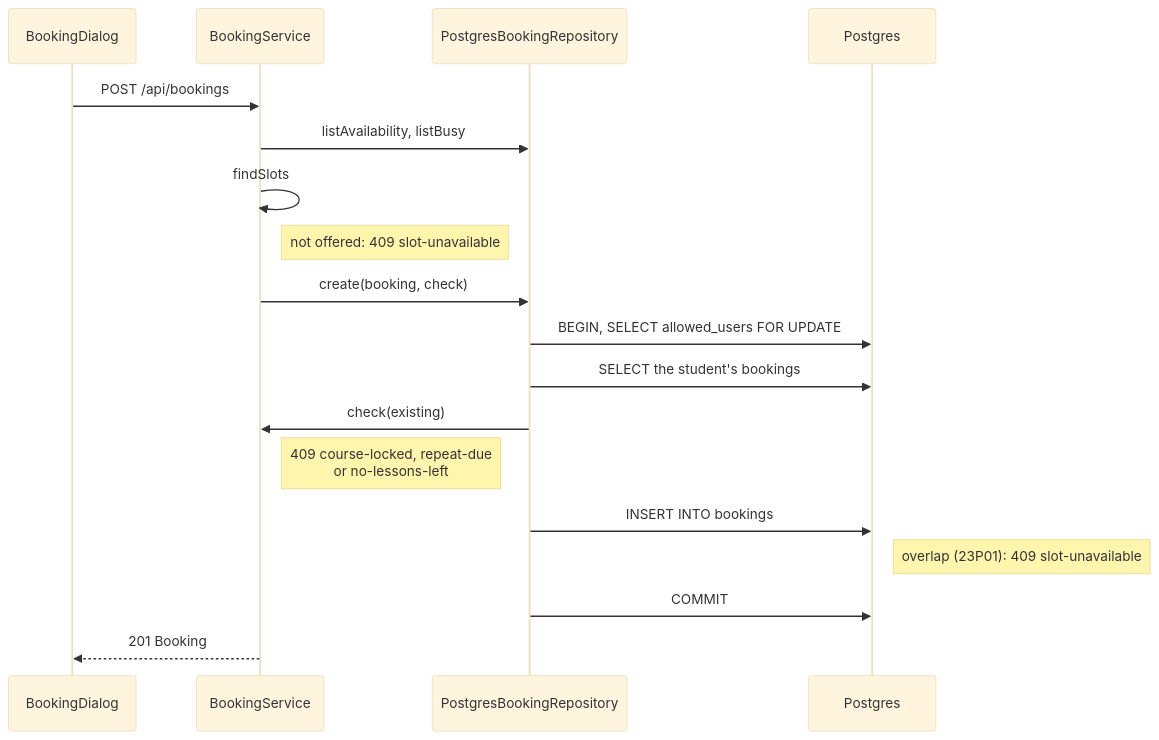
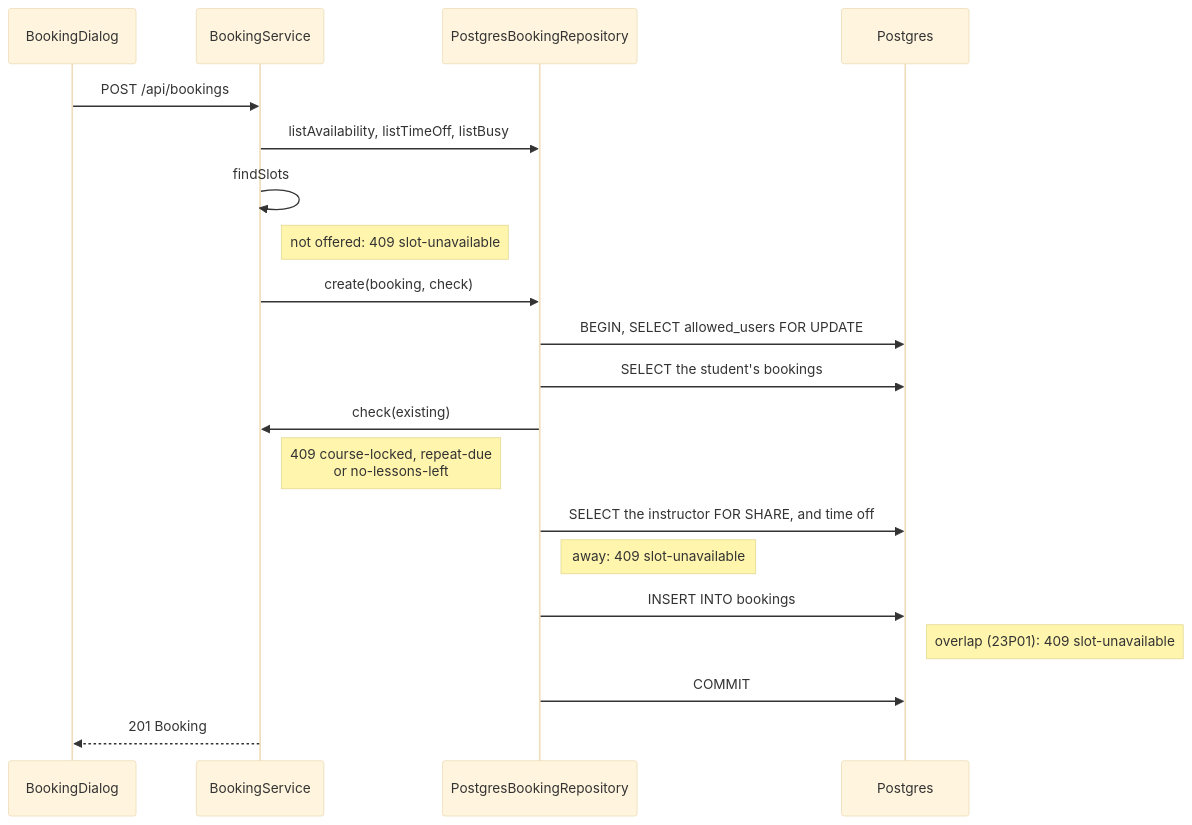
The fourth of 10 diagrams in ARCHITECTURE.md (Valiance-Studios/halo-drivers-ed), drawn with Mermaid (base theme) before and after one commit. The commit also changed other lines of this file and 36 other files, not shown here.

First line of the commit message:
Add instructor time off and cancelling on their behalf (#14)

````diff
--- a/ARCHITECTURE.md
+++ b/ARCHITECTURE.md
@@ -188,21 +194,23 @@
 ```mermaid
 sequenceDiagram
     participant D as BookingDialog
     participant S as BookingService
     participant R as PostgresBookingRepository
     participant P as Postgres
 
     D->>S: POST /api/bookings
-    S->>R: listAvailability, listBusy
+    S->>R: listAvailability, listTimeOff, listBusy
     S->>S: findSlots
     Note right of S: not offered: 409 slot-unavailable
     S->>R: create(booking, check)
     R->>P: BEGIN, SELECT allowed_users FOR UPDATE
     R->>P: SELECT the student's bookings
     R->>S: check(existing)
     Note right of S: 409 course-locked, repeat-due<br/>or no-lessons-left
+    R->>P: SELECT the instructor FOR SHARE, and time off
+    Note right of R: away: 409 slot-unavailable
     R->>P: INSERT INTO bookings
     Note right of P: overlap (23P01): 409 slot-unavailable
     R->>P: COMMIT
     S-->>D: 201 Booking
 ```
````
